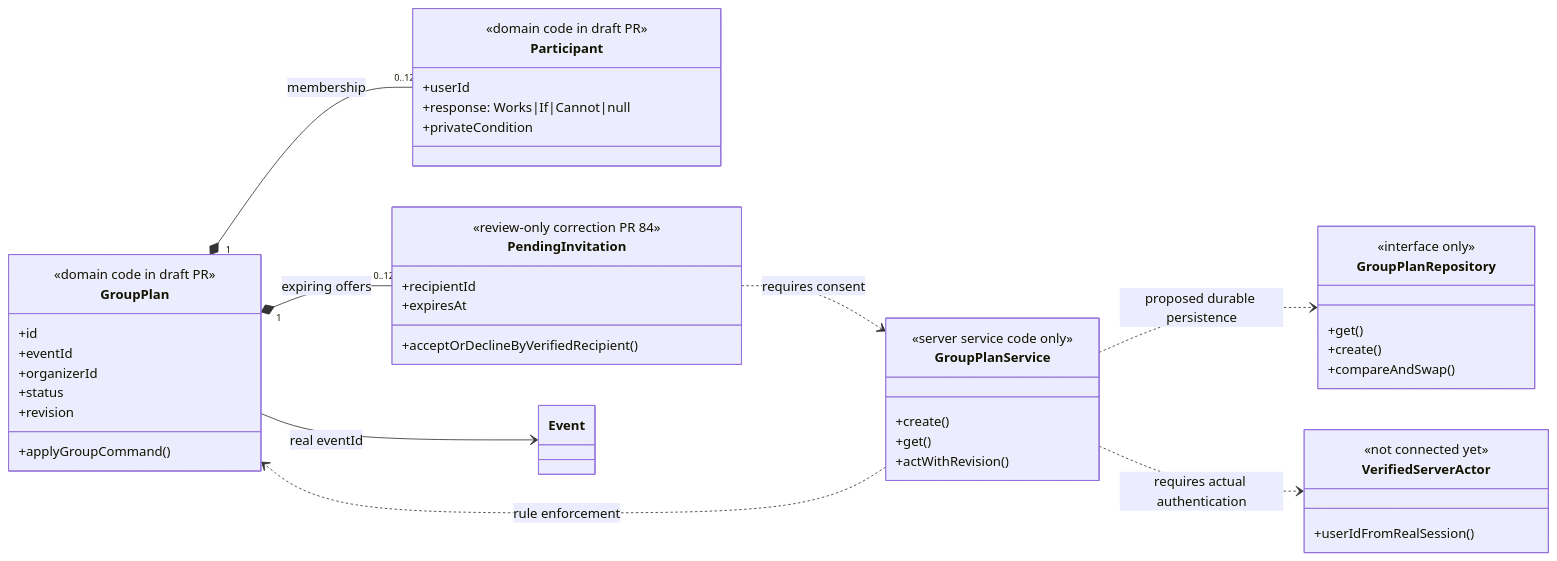
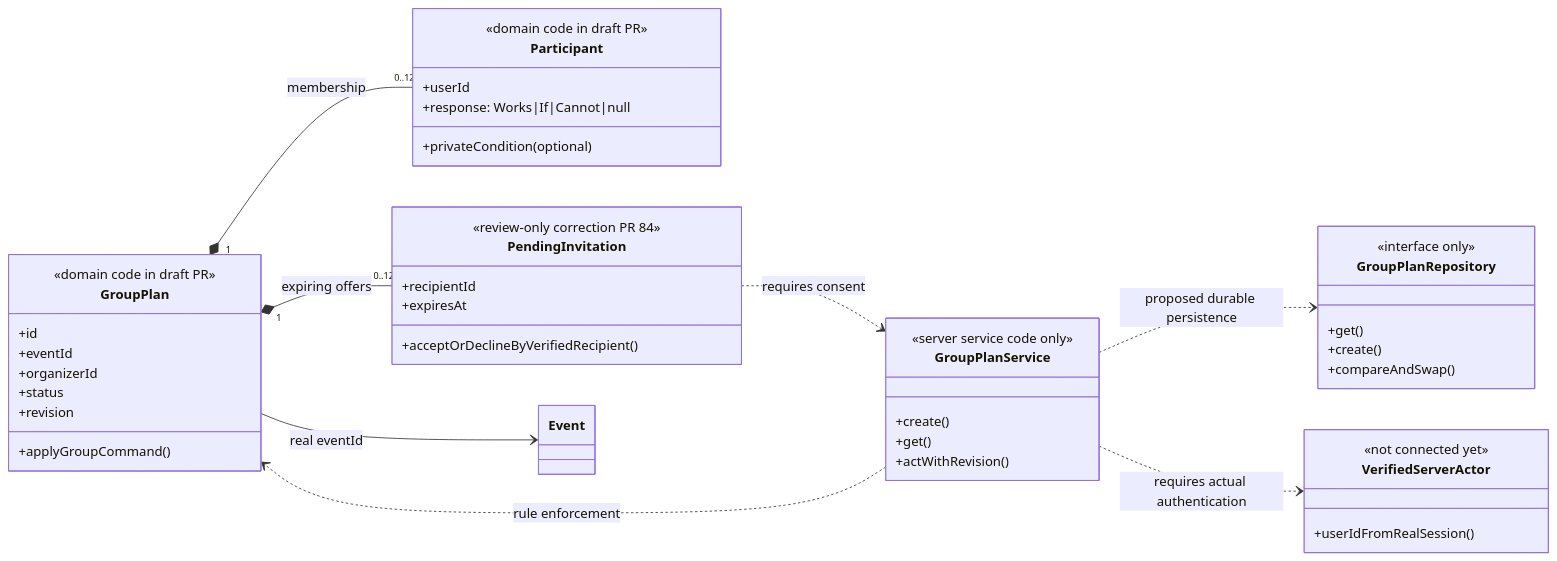
The second of 2 diagrams in docs/diagrams/FINAL_PROJECT_CRC_PREVIEW.md (haiiroWednesday/SideQuest-CSCI187), drawn with Mermaid before and after one commit.

Commit message:
docs(groups): align architecture with optional private notes and one-tap responses

````diff
--- a/docs/diagrams/FINAL_PROJECT_CRC_PREVIEW.md
+++ b/docs/diagrams/FINAL_PROJECT_CRC_PREVIEW.md
@@ -71,48 +71,48 @@
 ```mermaid
 classDiagram
 direction LR
 class GroupPlan {
   <<domain code in draft PR>>
   +id
   +eventId
   +organizerId
   +status
   +revision
   +applyGroupCommand()
 }
 class Participant {
   <<domain code in draft PR>>
   +userId
   +response: Works|If|Cannot|null
-  +privateCondition
+  +privateCondition (optional)
 }
 class GroupPlanService {
   <<server service code only>>
   +create()
   +get()
   +actWithRevision()
 }
 class VerifiedServerActor {
   <<not connected yet>>
   +userIdFromRealSession()
 }
 class GroupPlanRepository {
   <<interface only>>
   +get()
   +create()
   +compareAndSwap()
 }
 class PendingInvitation {
   <<review-only correction PR 84>>
   +recipientId
   +expiresAt
   +acceptOrDeclineByVerifiedRecipient()
 }
 GroupPlan "1" *-- "0..12" Participant : membership
 GroupPlanService ..> GroupPlan : rule enforcement
 GroupPlanService ..> GroupPlanRepository : proposed durable persistence
 GroupPlanService ..> VerifiedServerActor : requires actual authentication
 GroupPlan "1" *-- "0..12" PendingInvitation : expiring offers
 PendingInvitation ..> GroupPlanService : requires consent
 GroupPlan --> Event : real eventId
 ```
````
